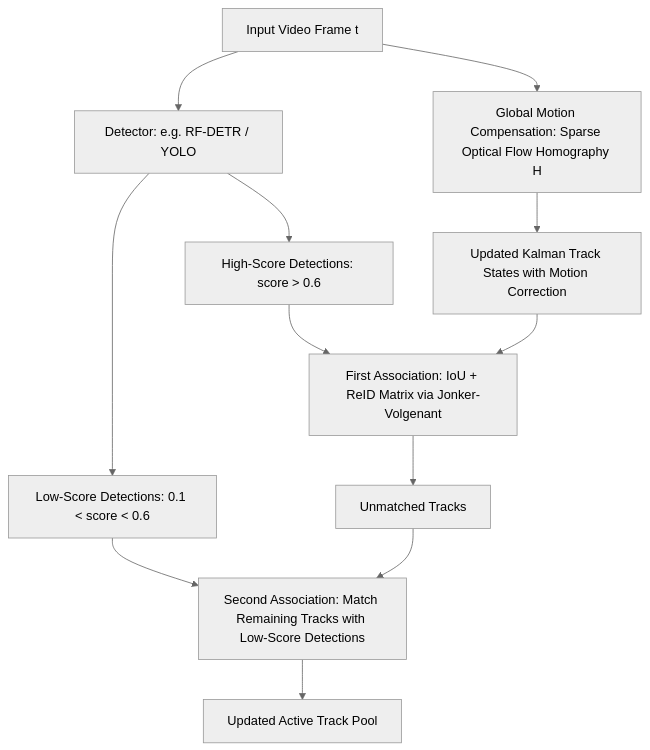
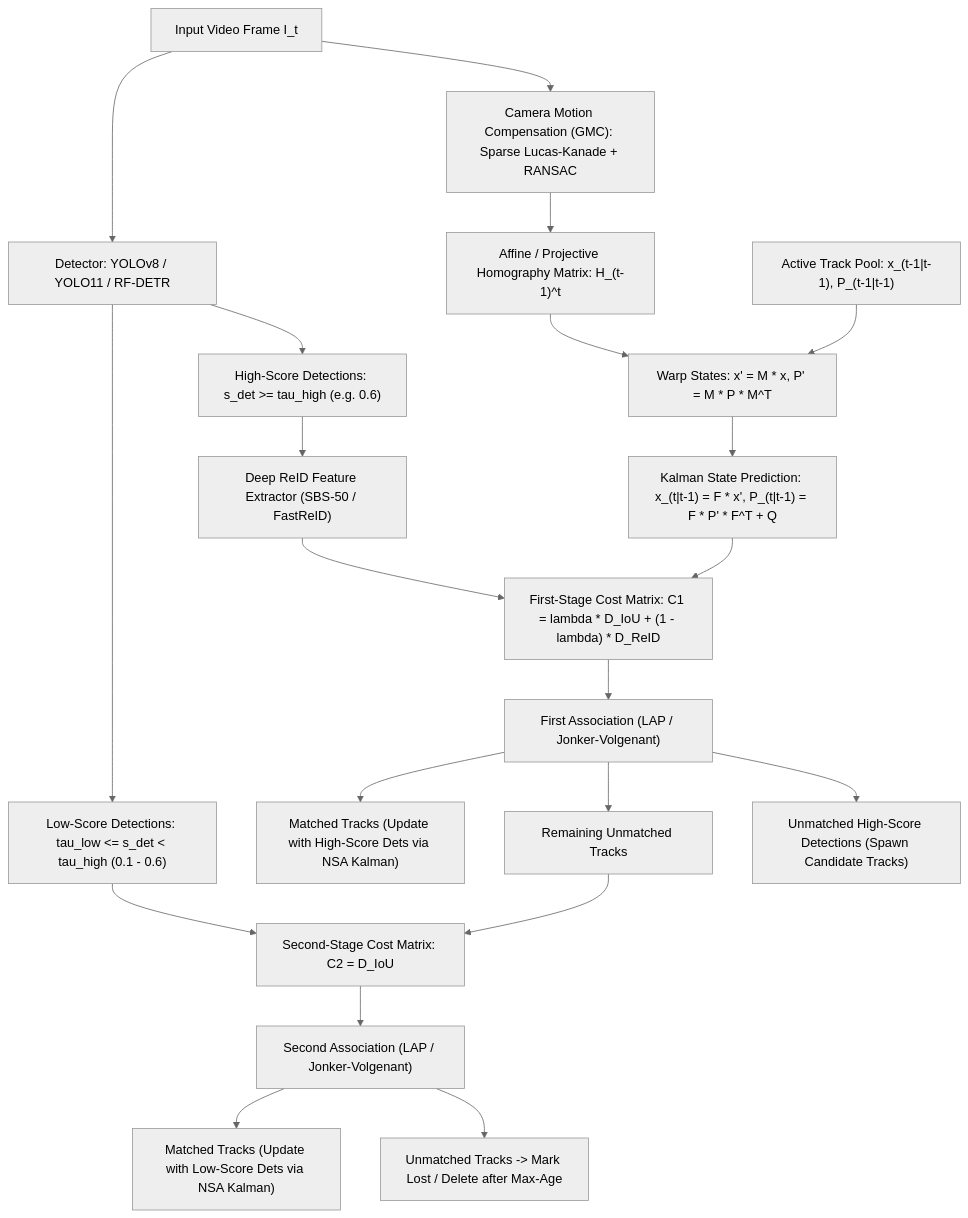
The diagram in architectures/visual-tracking-and-flow/botsort-and-bytetrack.md (sergiomh499/cv-projects), drawn with Mermaid (neutral theme) before and after one commit. The commit also changed other lines of this file and 41 other files, not shown here.

Commit message:
docs(vault): deep expansion across 20 topic production pipelines, 2025-2026 architectures (RF-DETR, Qwen2.5-VL, MambaVision), and complete taxonomy matrices

````diff
--- a/architectures/visual-tracking-and-flow/botsort-and-bytetrack.md
+++ b/architectures/visual-tracking-and-flow/botsort-and-bytetrack.md
@@ -38,15 +45,28 @@
 ```mermaid
 flowchart TD
-    Frame["Input Video Frame t"] --> Detector["Detector: e.g. RF-DETR / YOLO"]
-    Detector --> HighBoxes["High-Score Detections: score > 0.6"]
-    Detector --> LowBoxes["Low-Score Detections: 0.1 < score < 0.6"]
-    Frame --> GMC["Global Motion Compensation: Sparse Optical Flow Homography H"]
-    GMC --> Kalman["Updated Kalman Track States with Motion Correction"]
-    HighBoxes --> Assoc1["First Association: IoU + ReID Matrix via Jonker-Volgenant"]
-    Kalman --> Assoc1
-    Assoc1 --> UnmatchedTracks["Unmatched Tracks"]
-    LowBoxes --> Assoc2["Second Association: Match Remaining Tracks with Low-Score Detections"]
-    UnmatchedTracks --> Assoc2
-    Assoc2 --> Matched["Updated Active Track Pool"]
+    Frame["Input Video Frame I_t"] --> Detector["Detector: YOLOv8 / YOLO11 / RF-DETR"]
+    Detector --> HighDets["High-Score Detections: s_det >= tau_high (e.g. 0.6)"]
+    Detector --> LowDets["Low-Score Detections: tau_low <= s_det < tau_high (0.1 - 0.6)"]
 
+    Frame --> CMC["Camera Motion Compensation (GMC): Sparse Lucas-Kanade + RANSAC"]
+    CMC --> Homography["Affine / Projective Homography Matrix: H_(t-1)^t"]
+
+    ActiveTracks["Active Track Pool: x_(t-1|t-1), P_(t-1|t-1)"] --> StateWarp["Warp States: x' = M * x, P' = M * P * M^T"]
+    Homography --> StateWarp
+    StateWarp --> KalmanPredict["Kalman State Prediction: x_(t|t-1) = F * x', P_(t|t-1) = F * P' * F^T + Q"]
+
+    KalmanPredict --> CostStage1["First-Stage Cost Matrix: C1 = lambda * D_IoU + (1 - lambda) * D_ReID"]
+    HighDets --> ReIDExtract["Deep ReID Feature Extractor (SBS-50 / FastReID)"]
+    ReIDExtract --> CostStage1
+
+    CostStage1 --> Match1["First Association (LAP / Jonker-Volgenant)"]
+    Match1 --> MatchedTracks1["Matched Tracks (Update with High-Score Dets via NSA Kalman)"]
+    Match1 --> UnmatchedTracks1["Remaining Unmatched Tracks"]
+    Match1 --> UnmatchedDets1["Unmatched High-Score Detections (Spawn Candidate Tracks)"]
+
+    UnmatchedTracks1 --> CostStage2["Second-Stage Cost Matrix: C2 = D_IoU"]
+    LowDets --> CostStage2
+    CostStage2 --> Match2["Second Association (LAP / Jonker-Volgenant)"]
+    Match2 --> MatchedTracks2["Matched Tracks (Update with Low-Score Dets via NSA Kalman)"]
+    Match2 --> LostTracks["Unmatched Tracks -> Mark Lost / Delete after Max-Age"]
 ```
````
